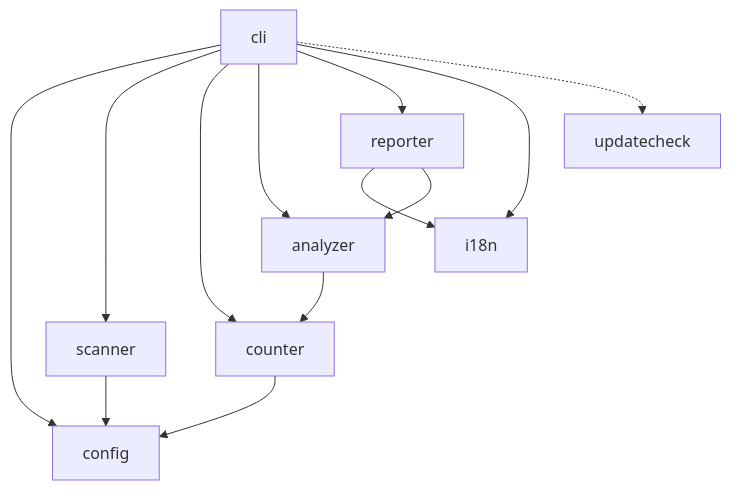
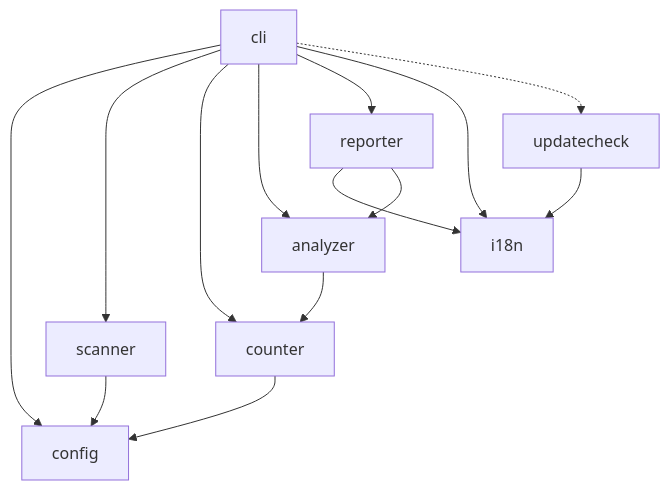
One commit to ousiassllc/Linterly changed the first of 3 diagrams in docs/components/overview.md. Above: the diagram before and after it, drawn with Mermaid. The commit also changed other lines of this file and 2 other files, not shown here.

````diff
--- a/docs/components/overview.md
+++ b/docs/components/overview.md
@@ -5,24 +5,25 @@
 ```mermaid
 graph TD
     CLI["cli"]
     Config["config"]
     Scanner["scanner"]
     Counter["counter"]
     Analyzer["analyzer"]
     Reporter["reporter"]
     I18n["i18n"]
     UC["updatecheck"]
 
     CLI --> Config
     CLI --> Scanner
     CLI --> Counter
     CLI --> Analyzer
     CLI --> Reporter
     CLI --> I18n
     CLI -.-> UC
+    UC --> I18n
     Scanner --> Config
     Counter --> Config
     Analyzer --> Counter
     Reporter --> I18n
     Reporter --> Analyzer
 ```
````
